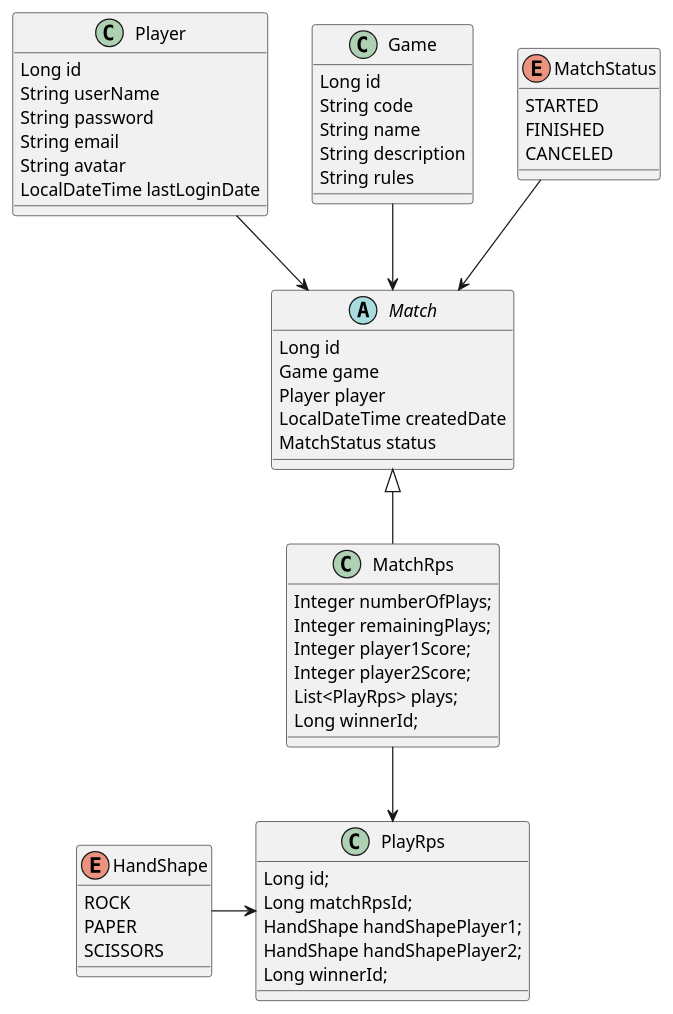
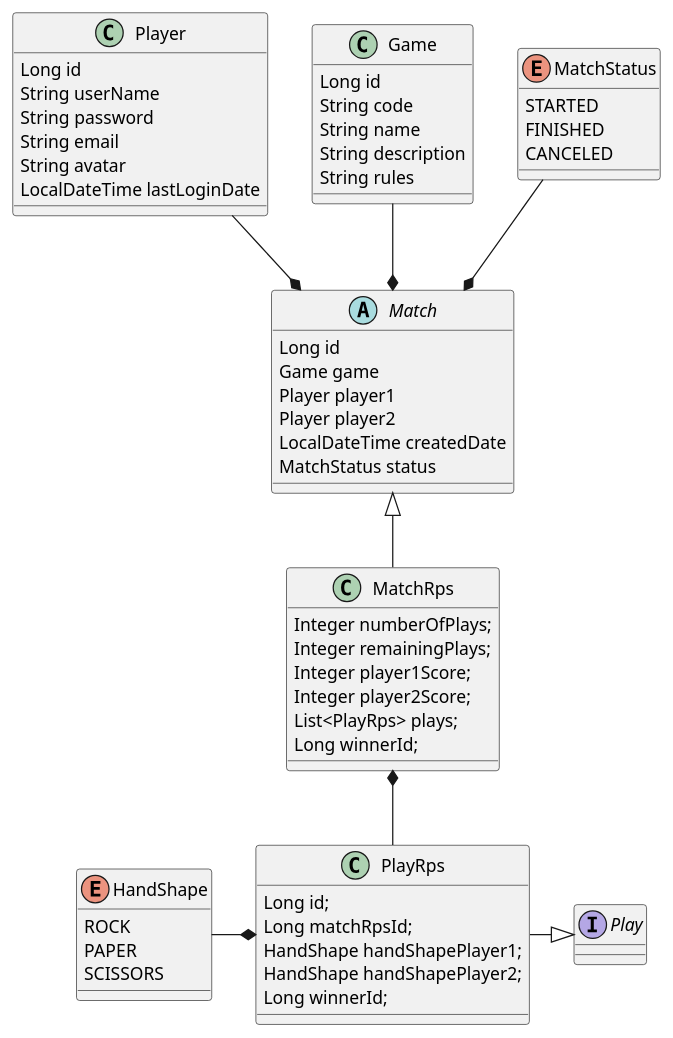
One commit to LeoLuiten/presentation changed the diagram in docs/diagrams/model/model.puml. Above: the diagram before and after it, drawn with PlantUML. The commit also changed 17 other files, not shown here.

Commit message:
Modified Match entity and model so to be able to support a second player. Implemented an abstraction for games with a factory method and PlayRequest interface so to apply different rules via an strategy pattern

```diff
--- a/docs/diagrams/model/model.puml
+++ b/docs/diagrams/model/model.puml
@@ -1,70 +1,75 @@
 @startuml
 
 skinparam class {
     BackgroundColor<<Match>> PaleGreen
     BackgroundColor<<MatchRps>> PaleGoldenRod
 }
 
 class Player {
     Long id
     String userName
     String password
     String email
     String avatar
     LocalDateTime lastLoginDate
 }
 
 class Game {
     Long id
     String code
     String name
     String description
     String rules
 }
 
 enum MatchStatus {
     STARTED
     FINISHED
     CANCELED
 }
 
 abstract class Match {
     Long id
     Game game
-    Player player
+    Player player1
+    Player player2
     LocalDateTime createdDate
     MatchStatus status
 }
 
 class MatchRps {
     Integer numberOfPlays;
     Integer remainingPlays;
     Integer player1Score;
     Integer player2Score;
     List<PlayRps> plays;
     Long winnerId;
+}
+
+interface Play{
 }
 
 class PlayRps {
     Long id;
     Long matchRpsId;
     HandShape handShapePlayer1;
     HandShape handShapePlayer2;
     Long winnerId;
 }
 
 enum HandShape {
     ROCK
     PAPER
     SCISSORS
 }
 
-Player -down-> Match
-Game -down-> Match
-MatchStatus -down-> Match
+MatchStatus --* Match
+Game --* Match
+Player --* Match
+Match <|-- MatchRps
+MatchRps *-- PlayRps
+PlayRps*-l- HandShape
+PlayRps -r-|> Play
 
-Match <|-down- MatchRps
-MatchRps -down-> PlayRps
-HandShape -right-> PlayRps
 
 @enduml
```
